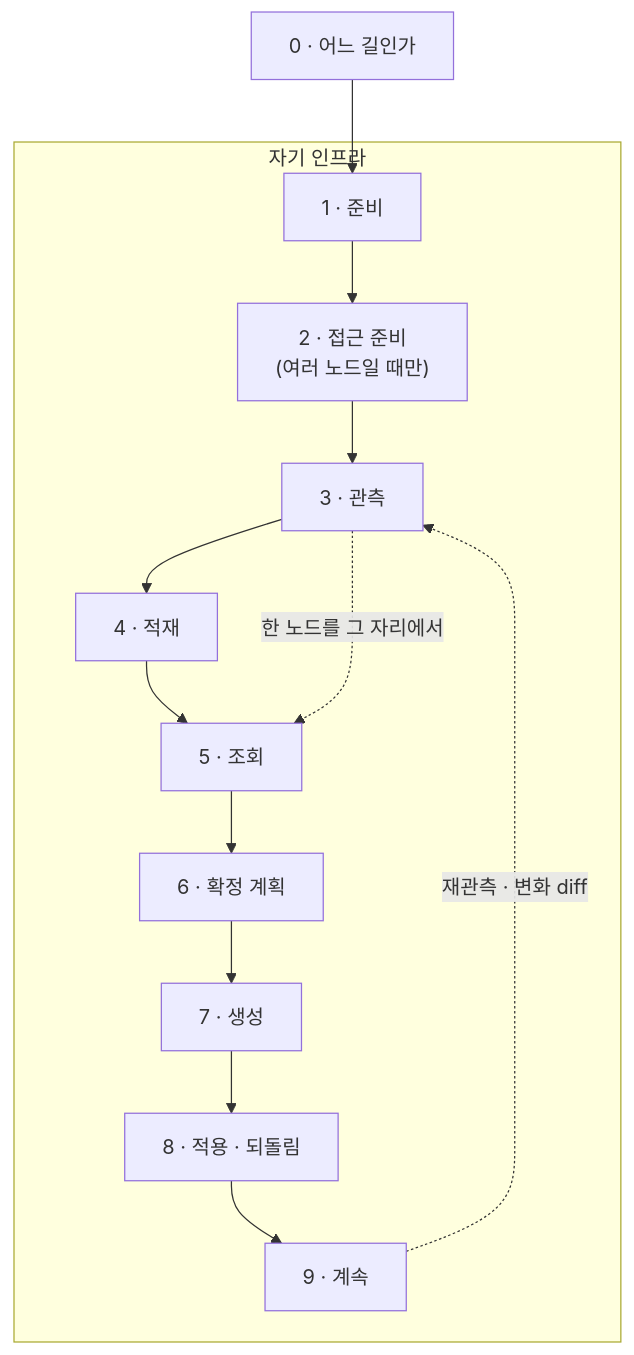
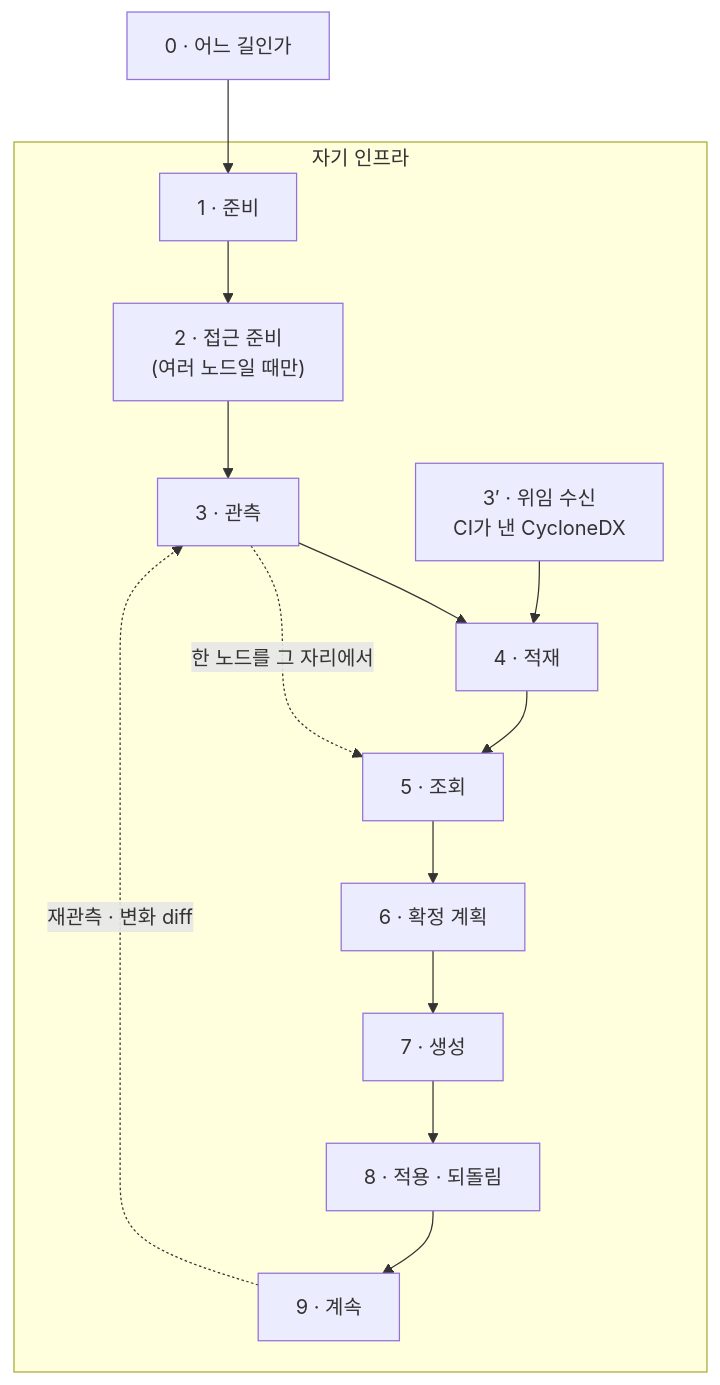
One commit to randyinthedev-hash/pqcota changed the diagram in docs/journey.md. Above: the diagram before and after it, drawn with Mermaid. The commit also changed other lines of this file, not shown here.

````diff
--- a/docs/journey.md
+++ b/docs/journey.md
@@ -17,18 +17,19 @@
 ```mermaid
 flowchart TB
     A["0 · 어느 길인가"] --> B
 
     subgraph inside["자기 인프라"]
       B["1 · 준비"] --> C["2 · 접근 준비<br/>(여러 노드일 때만)"]
       C --> D["3 · 관측"]
       D --> E["4 · 적재"]
+      W["3′ · 위임 수신<br/>CI가 낸 CycloneDX"] --> E
       E --> F["5 · 조회"]
       F --> G["6 · 확정 계획"]
       G --> H["7 · 생성"]
       H --> I["8 · 적용 · 되돌림"]
       I --> J["9 · 계속"]
     end
 
     J -.->|"재관측 · 변화 diff"| D
     D -.->|"한 노드를 그 자리에서"| F
 ```
````
